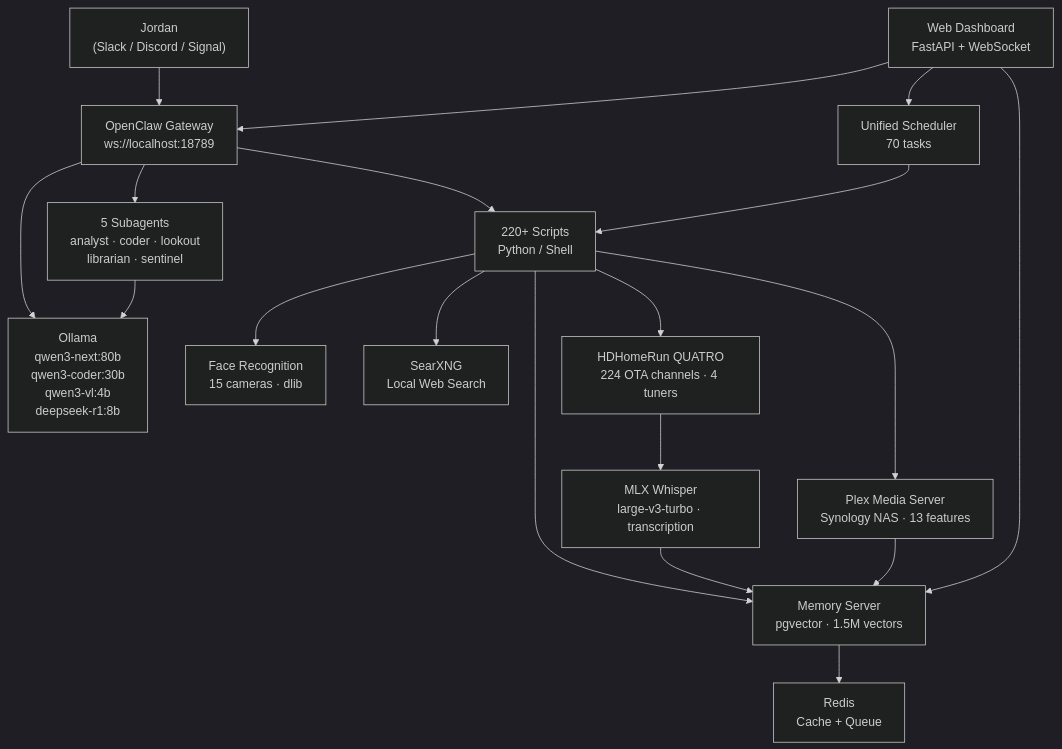
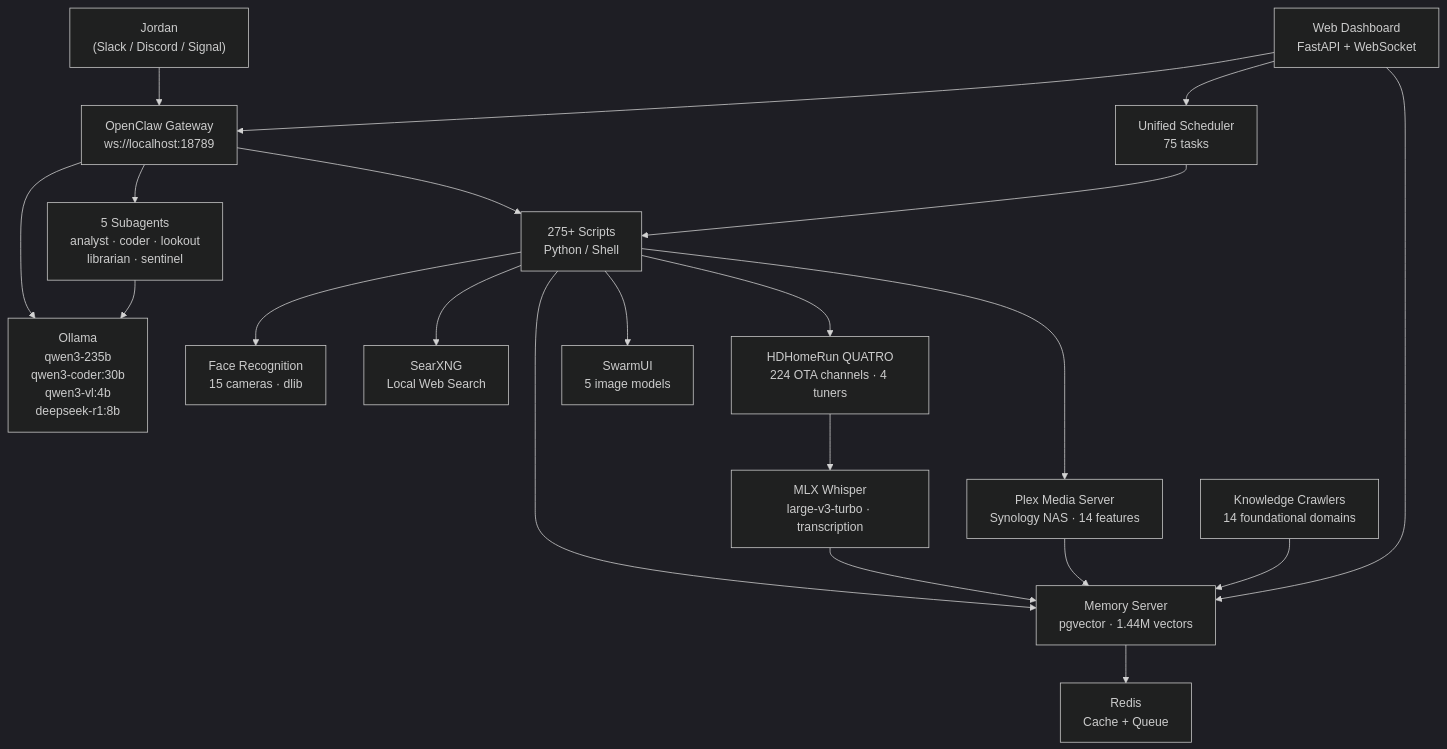
One commit to kochj23/nova changed the second of 9 diagrams in README.md. Above: the diagram before and after it, drawn with Mermaid (dark theme). The commit also changed other lines of this file and 21 other files, not shown here.

First line of the commit message:
docs: Complete README rewrite — multi-agent architecture, 5 image models, 14 knowledge crawlers, art corner

````diff
--- a/README.md
+++ b/README.md
@@ -33,36 +55,40 @@
 ```mermaid
 graph TD
     Jordan["Jordan<br/>(Slack / Discord / Signal)"]
     GW["OpenClaw Gateway<br/>ws://localhost:18789"]
-    Ollama["Ollama<br/>qwen3-next:80b<br/>qwen3-coder:30b<br/>qwen3-vl:4b<br/>deepseek-r1:8b"]
-    Scheduler["Unified Scheduler<br/>70 tasks"]
-    MemServer["Memory Server<br/>pgvector · 1.5M vectors"]
+    Ollama["Ollama<br/>qwen3-235b<br/>qwen3-coder:30b<br/>qwen3-vl:4b<br/>deepseek-r1:8b"]
+    Scheduler["Unified Scheduler<br/>75 tasks"]
+    MemServer["Memory Server<br/>pgvector · 1.44M vectors"]
     FaceRec["Face Recognition<br/>15 cameras · dlib"]
     Dashboard["Web Dashboard<br/>FastAPI + WebSocket"]
-    Scripts["220+ Scripts<br/>Python / Shell"]
+    Scripts["275+ Scripts<br/>Python / Shell"]
     SearXNG["SearXNG<br/>Local Web Search"]
     Redis["Redis<br/>Cache + Queue"]
     Subagents["5 Subagents<br/>analyst · coder · lookout<br/>librarian · sentinel"]
-    Plex["Plex Media Server<br/>Synology NAS · 13 features"]
+    Plex["Plex Media Server<br/>Synology NAS · 14 features"]
     HDHomeRun["HDHomeRun QUATRO<br/>224 OTA channels · 4 tuners"]
     MLXWhisper["MLX Whisper<br/>large-v3-turbo · transcription"]
+    SwarmUI["SwarmUI<br/>5 image models"]
+    KnowledgeCrawlers["Knowledge Crawlers<br/>14 foundational domains"]
 
     Jordan --> GW
     GW --> Ollama
     GW --> Scripts
     Scheduler --> Scripts
     Scripts --> MemServer
     Scripts --> FaceRec
     MemServer --> Redis
     GW --> Subagents
     Subagents --> Ollama
     Scripts --> SearXNG
     Scripts --> Plex
     Scripts --> HDHomeRun
+    Scripts --> SwarmUI
     HDHomeRun --> MLXWhisper
     MLXWhisper --> MemServer
     Plex --> MemServer
+    KnowledgeCrawlers --> MemServer
     Dashboard --> GW
     Dashboard --> MemServer
     Dashboard --> Scheduler
 ```
````
